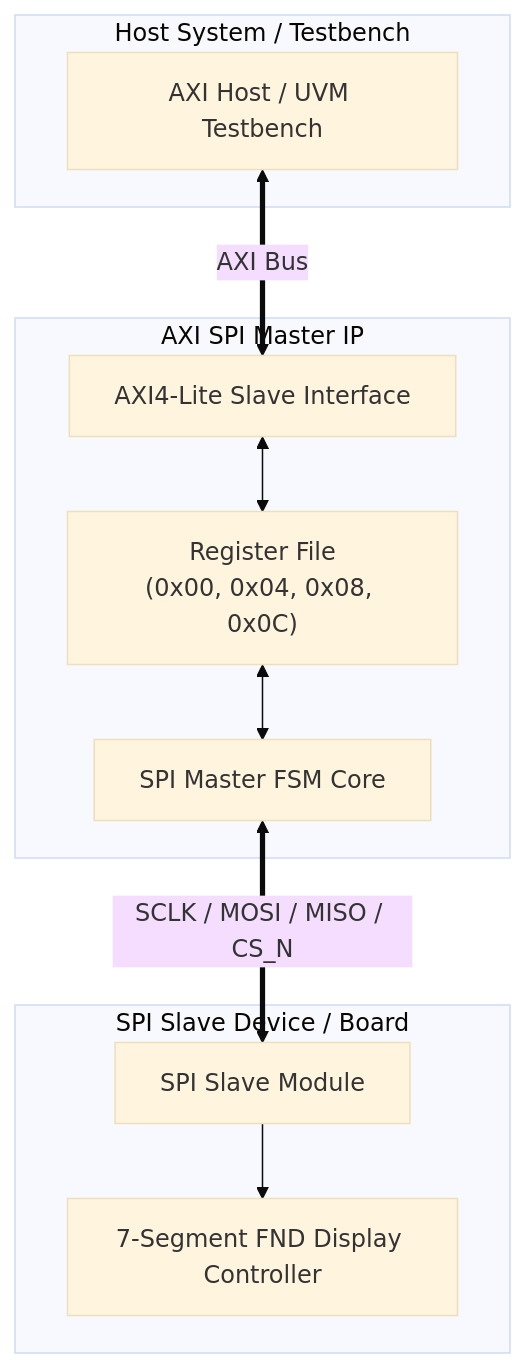
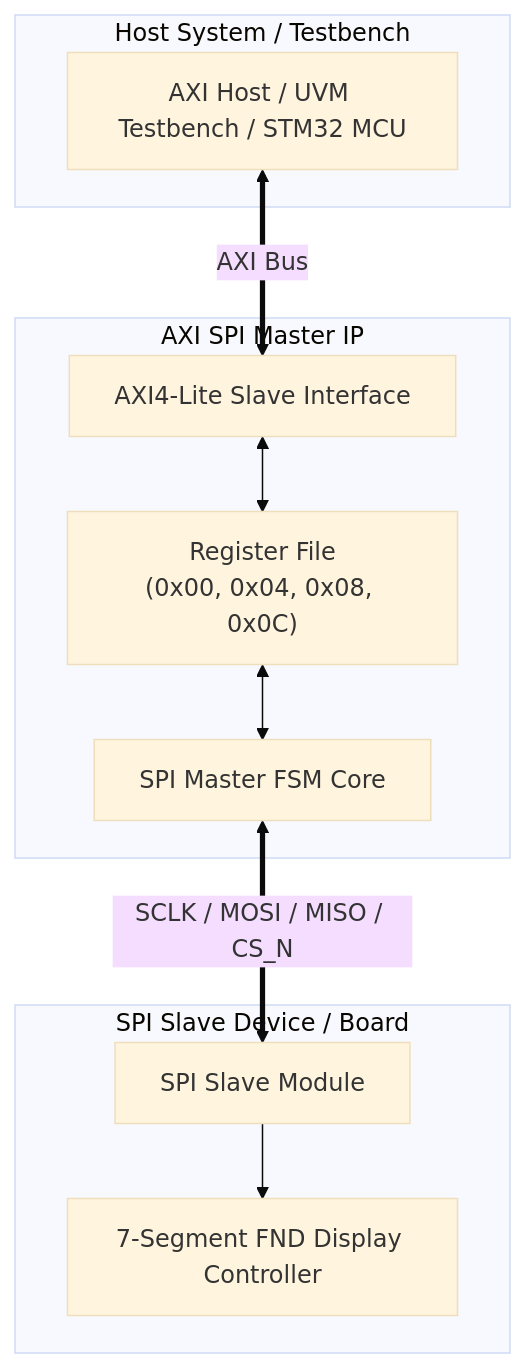
Before and after one commit to ethan000106/SPI_System: the diagram in README.md, drawn with Mermaid (base theme). The commit also changed other lines of this file, not shown here.

````diff
--- a/README.md
+++ b/README.md
@@ -32,23 +34,24 @@
 ```mermaid
 graph TD
     subgraph Host System / Testbench
-        A[AXI Host / UVM Testbench]
+        A[AXI Host / UVM Testbench / STM32 MCU]
     end
 
     subgraph AXI SPI Master IP
         AXI[AXI4-Lite Slave Interface]
         REG["Register File<br/>(0x00, 0x04, 0x08, 0x0C)"]
         SPIM[SPI Master FSM Core]
         AXI <--> REG
         REG <--> SPIM
     end
 
     subgraph SPI Slave Device / Board
         SPIS[SPI Slave Module]
         FND[7-Segment FND Display Controller]
         SPIS --> FND
     end
 
     A <== AXI Bus ==> AXI
     SPIM <== SCLK / MOSI / MISO / CS_N ==> SPIS
+
 ```
````
